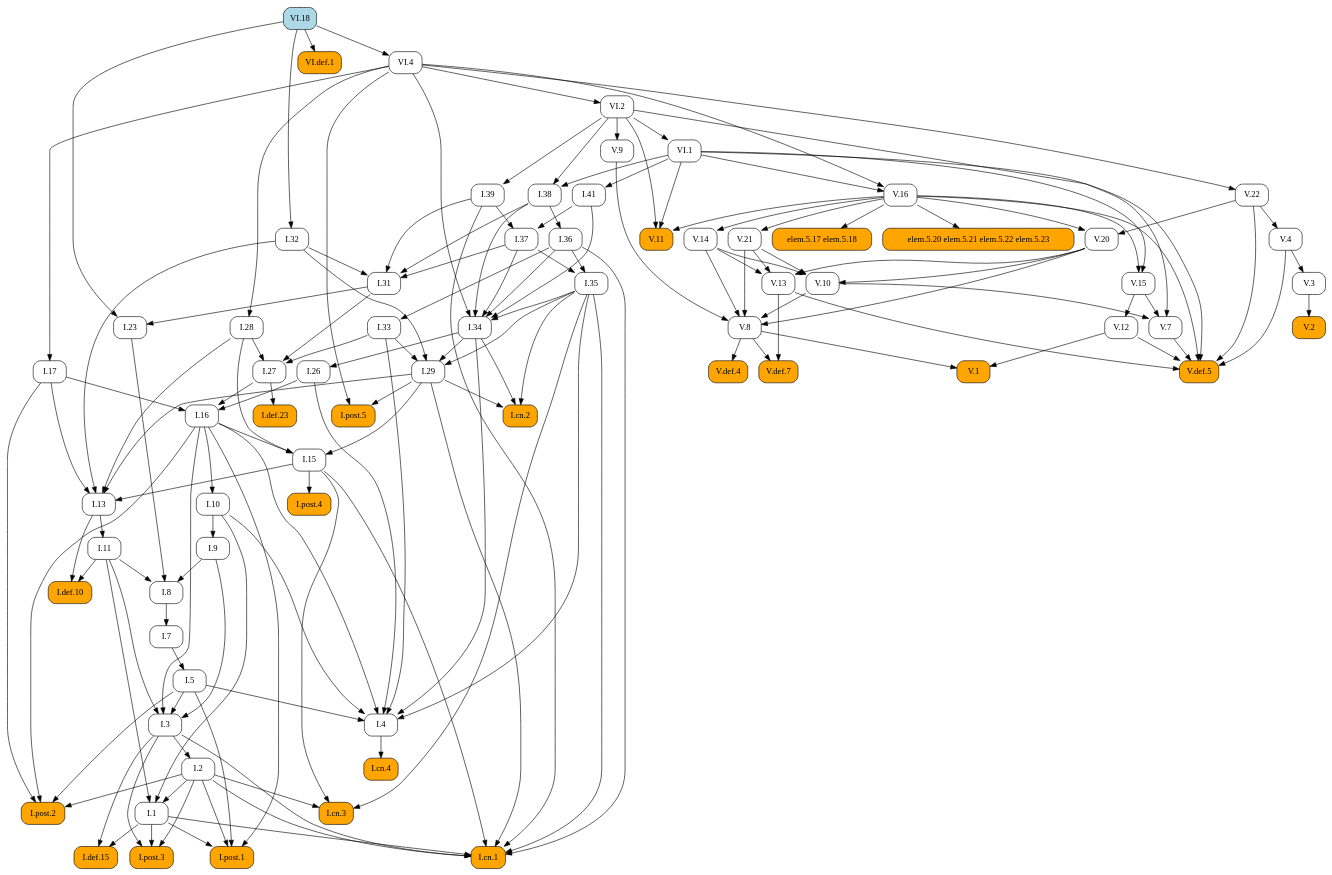
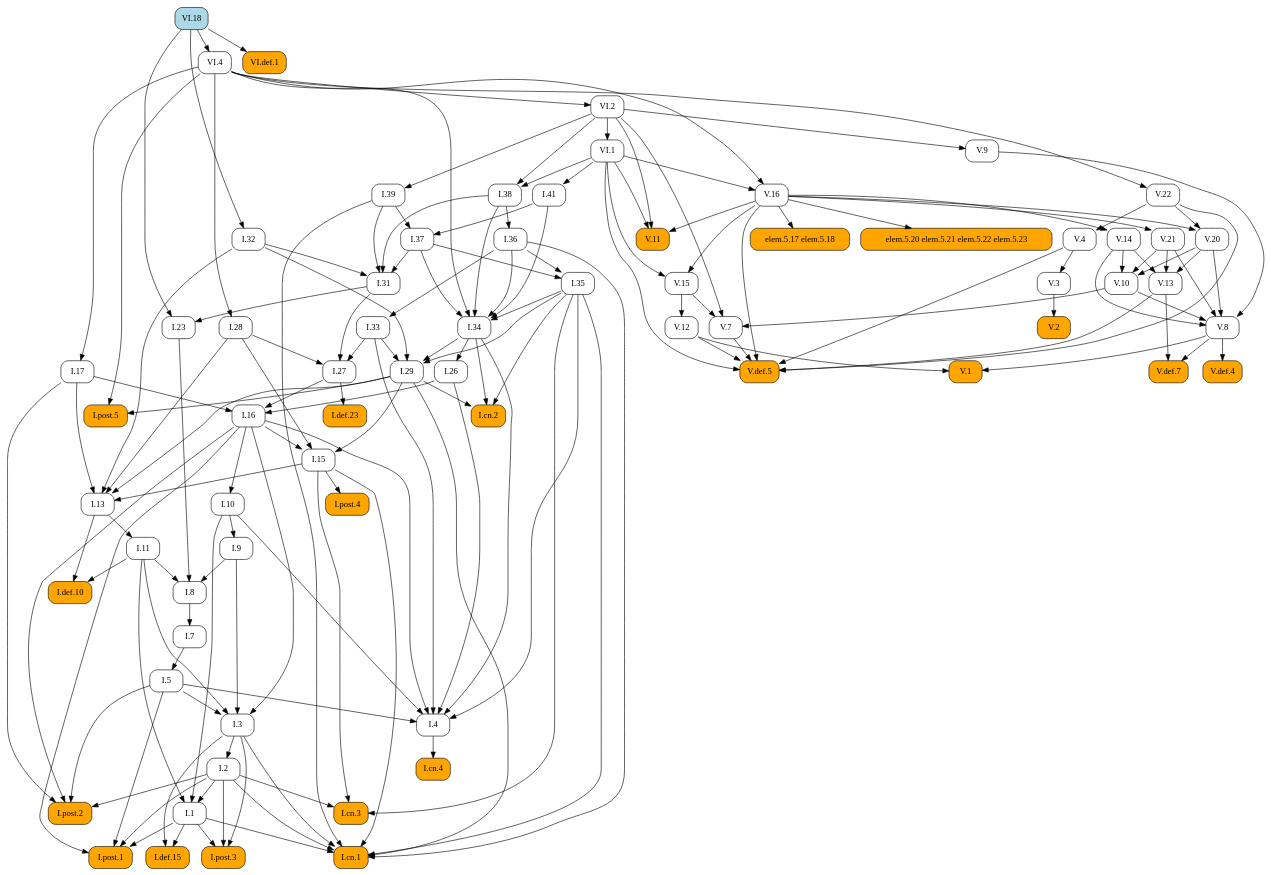
Before and after one commit to geometor/elements: the diagram in docsrc/elements2/VI/18/index.rst, drawn with Graphviz. The commit also changed other lines of this file and 171 other files, not shown here.

```diff
--- a/docsrc/elements2/VI/18/index.rst
+++ b/docsrc/elements2/VI/18/index.rst
@@ -87,155 +87,80 @@
    digraph {
      rankdir="TB";
      node [shape=box, style=rounded];
+     "I.8" [URL="/elements2/I/8/", target="_top"];
+     "V.20" [URL="/elements2/V/20/", target="_top"];
+     "I.36" [URL="/elements2/I/36/", target="_top"];
+     "V.def.5" [style="rounded,filled", fillcolor=orange, URL="/elements2/V/def.5/", target="_top"];
+     "I.38" [URL="/elements2/I/38/", target="_top"];
+     "I.post.5" [style="rounded,filled", fillcolor=orange, URL="/elements2/I/post.5/", target="_top"];
+     "I.def.10" [style="rounded,filled", fillcolor=orange, URL="/elements2/I/def.10/", target="_top"];
+     "I.cn.2" [style="rounded,filled", fillcolor=orange, URL="/elements2/I/cn.2/", target="_top"];
+     "I.31" [URL="/elements2/I/31/", target="_top"];
+     "I.post.2" [style="rounded,filled", fillcolor=orange, URL="/elements2/I/post.2/", target="_top"];
+     "I.def.23" [style="rounded,filled", fillcolor=orange, URL="/elements2/I/def.23/", target="_top"];
+     "I.26" [URL="/elements2/I/26/", target="_top"];
+     "V.3" [URL="/elements2/V/3/", target="_top"];
+     "I.cn.3" [style="rounded,filled", fillcolor=orange, URL="/elements2/I/cn.3/", target="_top"];
+     "V.2" [style="rounded,filled", fillcolor=orange, URL="/elements2/V/2/", target="_top"];
+     "V.12" [URL="/elements2/V/12/", target="_top"];
+     "V.22" [URL="/elements2/V/22/", target="_top"];
+     "VI.18" [style="rounded,filled", fillcolor=lightblue, URL="/elements2/VI/18/", target="_top"];
+     "I.35" [URL="/elements2/I/35/", target="_top"];
+     "I.41" [URL="/elements2/I/41/", target="_top"];
+     "I.28" [URL="/elements2/I/28/", target="_top"];
+     "I.27" [URL="/elements2/I/27/", target="_top"];
+     "I.4" [URL="/elements2/I/4/", target="_top"];
+     "V.8" [URL="/elements2/V/8/", target="_top"];
+     "VI.2" [URL="/elements2/VI/2/", target="_top"];
+     "I.39" [URL="/elements2/I/39/", target="_top"];
+     "I.15" [URL="/elements2/I/15/", target="_top"];
+     "I.34" [URL="/elements2/I/34/", target="_top"];
+     "I.post.3" [style="rounded,filled", fillcolor=orange, URL="/elements2/I/post.3/", target="_top"];
+     "I.32" [URL="/elements2/I/32/", target="_top"];
+     "I.post.1" [style="rounded,filled", fillcolor=orange, URL="/elements2/I/post.1/", target="_top"];
+     "V.def.4" [style="rounded,filled", fillcolor=orange, URL="/elements2/V/def.4/", target="_top"];
+     "I.33" [URL="/elements2/I/33/", target="_top"];
+     "I.5" [URL="/elements2/I/5/", target="_top"];
      "elem.5.17 elem.5.18" [style="rounded,filled", fillcolor=orange];
-     "V.7" [URL="/elements2/V/7/", target="_top"];
-     "I.32" [URL="/elements2/I/32/", target="_top"];
-     "VI.4" [URL="/elements2/VI/4/", target="_top"];
-     "I.cn.4" [style="rounded,filled", fillcolor=orange, URL="/elements2/I/cn.4/", target="_top"];
-     "I.post.3" [style="rounded,filled", fillcolor=orange, URL="/elements2/I/post.3/", target="_top"];
-     "V.22" [URL="/elements2/V/22/", target="_top"];
-     "V.def.7" [style="rounded,filled", fillcolor=orange, URL="/elements2/V/def.7/", target="_top"];
-     "I.41" [URL="/elements2/I/41/", target="_top"];
-     "I.27" [URL="/elements2/I/27/", target="_top"];
-     "I.post.2" [style="rounded,filled", fillcolor=orange, URL="/elements2/I/post.2/", target="_top"];
-     "I.13" [URL="/elements2/I/13/", target="_top"];
-     "I.10" [URL="/elements2/I/10/", target="_top"];
-     "I.post.1" [style="rounded,filled", fillcolor=orange, URL="/elements2/I/post.1/", target="_top"];
-     "I.7" [URL="/elements2/I/7/", target="_top"];
-     "VI.def.1" [style="rounded,filled", fillcolor=orange, URL="/elements2/VI/def.1/", target="_top"];
+     "VI.1" [URL="/elements2/VI/1/", target="_top"];
+     "V.11" [style="rounded,filled", fillcolor=orange, URL="/elements2/V/11/", target="_top"];
      "V.13" [URL="/elements2/V/13/", target="_top"];
+     "V.9" [URL="/elements2/V/9/", target="_top"];
      "V.16" [URL="/elements2/V/16/", target="_top"];
-     "V.1" [style="rounded,filled", fillcolor=orange, URL="/elements2/V/1/", target="_top"];
-     "V.8" [URL="/elements2/V/8/", target="_top"];
-     "elem.5.20 elem.5.21 elem.5.22 elem.5.23" [style="rounded,filled", fillcolor=orange];
-     "I.9" [URL="/elements2/I/9/", target="_top"];
-     "I.8" [URL="/elements2/I/8/", target="_top"];
-     "I.38" [URL="/elements2/I/38/", target="_top"];
-     "I.23" [URL="/elements2/I/23/", target="_top"];
-     "I.15" [URL="/elements2/I/15/", target="_top"];
-     "I.26" [URL="/elements2/I/26/", target="_top"];
-     "V.4" [URL="/elements2/V/4/", target="_top"];
-     "VI.1" [URL="/elements2/VI/1/", target="_top"];
-     "I.1" [URL="/elements2/I/1/", target="_top"];
-     "I.3" [URL="/elements2/I/3/", target="_top"];
-     "I.cn.3" [style="rounded,filled", fillcolor=orange, URL="/elements2/I/cn.3/", target="_top"];
-     "I.17" [URL="/elements2/I/17/", target="_top"];
-     "I.37" [URL="/elements2/I/37/", target="_top"];
-     "I.def.10" [style="rounded,filled", fillcolor=orange, URL="/elements2/I/def.10/", target="_top"];
-     "I.34" [URL="/elements2/I/34/", target="_top"];
-     "V.def.5" [style="rounded,filled", fillcolor=orange, URL="/elements2/V/def.5/", target="_top"];
      "I.def.15" [style="rounded,filled", fillcolor=orange, URL="/elements2/I/def.15/", target="_top"];
-     "I.28" [URL="/elements2/I/28/", target="_top"];
-     "I.36" [URL="/elements2/I/36/", target="_top"];
-     "V.10" [URL="/elements2/V/10/", target="_top"];
-     "V.14" [URL="/elements2/V/14/", target="_top"];
      "V.15" [URL="/elements2/V/15/", target="_top"];
      "I.11" [URL="/elements2/I/11/", target="_top"];
-     "I.4" [URL="/elements2/I/4/", target="_top"];
+     "I.3" [URL="/elements2/I/3/", target="_top"];
+     "V.14" [URL="/elements2/V/14/", target="_top"];
+     "VI.4" [URL="/elements2/VI/4/", target="_top"];
+     "V.10" [URL="/elements2/V/10/", target="_top"];
+     "I.1" [URL="/elements2/I/1/", target="_top"];
+     "I.cn.4" [style="rounded,filled", fillcolor=orange, URL="/elements2/I/cn.4/", target="_top"];
+     "I.23" [URL="/elements2/I/23/", target="_top"];
+     "I.7" [URL="/elements2/I/7/", target="_top"];
+     "I.17" [URL="/elements2/I/17/", target="_top"];
+     "I.9" [URL="/elements2/I/9/", target="_top"];
+     "V.7" [URL="/elements2/V/7/", target="_top"];
+     "I.cn.1" [style="rounded,filled", fillcolor=orange, URL="/elements2/I/cn.1/", target="_top"];
+     "I.29" [URL="/elements2/I/29/", target="_top"];
      "I.16" [URL="/elements2/I/16/", target="_top"];
      "V.21" [URL="/elements2/V/21/", target="_top"];
-     "I.def.23" [style="rounded,filled", fillcolor=orange, URL="/elements2/I/def.23/", target="_top"];
+     "I.13" [URL="/elements2/I/13/", target="_top"];
+     "elem.5.20 elem.5.21 elem.5.22 elem.5.23" [style="rounded,filled", fillcolor=orange];
+     "I.post.4" [style="rounded,filled", fillcolor=orange, URL="/elements2/I/post.4/", target="_top"];
+     "V.1" [style="rounded,filled", fillcolor=orange, URL="/elements2/V/1/", target="_top"];
+     "VI.def.1" [style="rounded,filled", fillcolor=orange, URL="/elements2/VI/def.1/", target="_top"];
      "I.2" [URL="/elements2/I/2/", target="_top"];
-     "I.cn.2" [style="rounded,filled", fillcolor=orange, URL="/elements2/I/cn.2/", target="_top"];
-     "I.post.5" [style="rounded,filled", fillcolor=orange, URL="/elements2/I/post.5/", target="_top"];
-     "VI.2" [URL="/elements2/VI/2/", target="_top"];
-     "V.3" [URL="/elements2/V/3/", target="_top"];
-     "V.def.4" [style="rounded,filled", fillcolor=orange, URL="/elements2/V/def.4/", target="_top"];
-     "I.35" [URL="/elements2/I/35/", target="_top"];
-     "V.11" [style="rounded,filled", fillcolor=orange, URL="/elements2/V/11/", target="_top"];
-     "VI.18" [style="rounded,filled", fillcolor=lightblue, URL="/elements2/VI/18/", target="_top"];
-     "V.2" [style="rounded,filled", fillcolor=orange, URL="/elements2/V/2/", target="_top"];
-     "I.31" [URL="/elements2/I/31/", target="_top"];
-     "I.33" [URL="/elements2/I/33/", target="_top"];
-     "I.post.4" [style="rounded,filled", fillcolor=orange, URL="/elements2/I/post.4/", target="_top"];
-     "I.39" [URL="/elements2/I/39/", target="_top"];
-     "I.cn.1" [style="rounded,filled", fillcolor=orange, URL="/elements2/I/cn.1/", target="_top"];
-     "V.9" [URL="/elements2/V/9/", target="_top"];
-     "I.29" [URL="/elements2/I/29/", target="_top"];
-     "I.5" [URL="/elements2/I/5/", target="_top"];
-     "V.12" [URL="/elements2/V/12/", target="_top"];
-     "V.20" [URL="/elements2/V/20/", target="_top"];
-     "V.16" -> "elem.5.17 elem.5.18";
-     "V.10" -> "V.7";
-     "V.15" -> "V.7";
-     "VI.2" -> "V.7";
-     "VI.18" -> "I.32";
-     "VI.18" -> "VI.4";
-     "I.4" -> "I.cn.4";
-     "I.1" -> "I.post.3";
-     "I.2" -> "I.post.3";
-     "I.3" -> "I.post.3";
-     "VI.4" -> "V.22";
-     "V.8" -> "V.def.7";
-     "V.13" -> "V.def.7";
-     "VI.1" -> "I.41";
-     "I.28" -> "I.27";
-     "I.31" -> "I.27";
-     "I.33" -> "I.27";
-     "I.2" -> "I.post.2";
-     "I.5" -> "I.post.2";
-     "I.16" -> "I.post.2";
-     "I.17" -> "I.post.2";
-     "I.15" -> "I.13";
-     "I.17" -> "I.13";
-     "I.28" -> "I.13";
-     "I.29" -> "I.13";
-     "I.32" -> "I.13";
-     "I.16" -> "I.10";
-     "I.1" -> "I.post.1";
-     "I.2" -> "I.post.1";
-     "I.5" -> "I.post.1";
-     "I.16" -> "I.post.1";
-     "I.8" -> "I.7";
-     "VI.18" -> "VI.def.1";
-     "V.14" -> "V.13";
-     "V.20" -> "V.13";
-     "V.21" -> "V.13";
-     "VI.1" -> "V.16";
-     "VI.4" -> "V.16";
-     "V.8" -> "V.1";
-     "V.12" -> "V.1";
-     "V.9" -> "V.8";
-     "V.10" -> "V.8";
-     "V.14" -> "V.8";
-     "V.20" -> "V.8";
-     "V.21" -> "V.8";
-     "V.16" -> "elem.5.20 elem.5.21 elem.5.22 elem.5.23";
-     "I.10" -> "I.9";
+     "I.37" [URL="/elements2/I/37/", target="_top"];
+     "I.10" [URL="/elements2/I/10/", target="_top"];
+     "V.def.7" [style="rounded,filled", fillcolor=orange, URL="/elements2/V/def.7/", target="_top"];
+     "V.4" [URL="/elements2/V/4/", target="_top"];
      "I.9" -> "I.8";
      "I.11" -> "I.8";
      "I.23" -> "I.8";
-     "VI.1" -> "I.38";
-     "VI.2" -> "I.38";
-     "I.31" -> "I.23";
-     "VI.18" -> "I.23";
-     "I.16" -> "I.15";
-     "I.28" -> "I.15";
-     "I.29" -> "I.15";
-     "I.34" -> "I.26";
-     "V.22" -> "V.4";
-     "VI.2" -> "VI.1";
-     "I.2" -> "I.1";
-     "I.10" -> "I.1";
-     "I.11" -> "I.1";
-     "I.5" -> "I.3";
-     "I.9" -> "I.3";
-     "I.11" -> "I.3";
-     "I.16" -> "I.3";
-     "I.2" -> "I.cn.3";
-     "I.15" -> "I.cn.3";
-     "I.35" -> "I.cn.3";
-     "VI.4" -> "I.17";
-     "I.39" -> "I.37";
-     "I.41" -> "I.37";
-     "I.11" -> "I.def.10";
-     "I.13" -> "I.def.10";
-     "I.35" -> "I.34";
-     "I.36" -> "I.34";
-     "I.37" -> "I.34";
-     "I.38" -> "I.34";
-     "I.41" -> "I.34";
-     "VI.4" -> "I.34";
+     "V.16" -> "V.20";
+     "V.22" -> "V.20";
+     "I.38" -> "I.36";
      "V.4" -> "V.def.5";
      "V.7" -> "V.def.5";
      "V.12" -> "V.def.5";
@@ -243,17 +168,39 @@
      "V.16" -> "V.def.5";
      "V.22" -> "V.def.5";
      "VI.1" -> "V.def.5";
-     "I.1" -> "I.def.15";
-     "I.3" -> "I.def.15";
+     "VI.1" -> "I.38";
+     "VI.2" -> "I.38";
+     "I.29" -> "I.post.5";
+     "VI.4" -> "I.post.5";
+     "I.11" -> "I.def.10";
+     "I.13" -> "I.def.10";
+     "I.29" -> "I.cn.2";
+     "I.34" -> "I.cn.2";
+     "I.35" -> "I.cn.2";
+     "I.32" -> "I.31";
+     "I.37" -> "I.31";
+     "I.38" -> "I.31";
+     "I.39" -> "I.31";
+     "I.2" -> "I.post.2";
+     "I.5" -> "I.post.2";
+     "I.16" -> "I.post.2";
+     "I.17" -> "I.post.2";
+     "I.27" -> "I.def.23";
+     "I.34" -> "I.26";
+     "V.4" -> "V.3";
+     "I.2" -> "I.cn.3";
+     "I.15" -> "I.cn.3";
+     "I.35" -> "I.cn.3";
+     "V.3" -> "V.2";
+     "V.15" -> "V.12";
+     "VI.4" -> "V.22";
+     "I.36" -> "I.35";
+     "I.37" -> "I.35";
+     "VI.1" -> "I.41";
      "VI.4" -> "I.28";
-     "I.38" -> "I.36";
-     "V.14" -> "V.10";
-     "V.20" -> "V.10";
-     "V.21" -> "V.10";
-     "V.16" -> "V.14";
-     "V.16" -> "V.15";
-     "VI.1" -> "V.15";
-     "I.13" -> "I.11";
+     "I.28" -> "I.27";
+     "I.31" -> "I.27";
+     "I.33" -> "I.27";
      "I.5" -> "I.4";
      "I.10" -> "I.4";
      "I.16" -> "I.4";
@@ -261,33 +208,70 @@
      "I.33" -> "I.4";
      "I.34" -> "I.4";
      "I.35" -> "I.4";
-     "I.17" -> "I.16";
-     "I.26" -> "I.16";
-     "I.27" -> "I.16";
-     "V.16" -> "V.21";
-     "I.27" -> "I.def.23";
-     "I.3" -> "I.2";
-     "I.29" -> "I.cn.2";
-     "I.34" -> "I.cn.2";
-     "I.35" -> "I.cn.2";
-     "I.29" -> "I.post.5";
-     "VI.4" -> "I.post.5";
+     "V.9" -> "V.8";
+     "V.10" -> "V.8";
+     "V.14" -> "V.8";
+     "V.20" -> "V.8";
+     "V.21" -> "V.8";
      "VI.4" -> "VI.2";
-     "V.4" -> "V.3";
+     "VI.2" -> "I.39";
+     "I.16" -> "I.15";
+     "I.28" -> "I.15";
+     "I.29" -> "I.15";
+     "I.35" -> "I.34";
+     "I.36" -> "I.34";
+     "I.37" -> "I.34";
+     "I.38" -> "I.34";
+     "I.41" -> "I.34";
+     "VI.4" -> "I.34";
+     "I.1" -> "I.post.3";
+     "I.2" -> "I.post.3";
+     "I.3" -> "I.post.3";
+     "VI.18" -> "I.32";
+     "I.1" -> "I.post.1";
+     "I.2" -> "I.post.1";
+     "I.5" -> "I.post.1";
+     "I.16" -> "I.post.1";
      "V.8" -> "V.def.4";
-     "I.36" -> "I.35";
-     "I.37" -> "I.35";
+     "I.36" -> "I.33";
+     "I.7" -> "I.5";
+     "V.16" -> "elem.5.17 elem.5.18";
+     "VI.2" -> "VI.1";
      "V.16" -> "V.11";
      "VI.1" -> "V.11";
      "VI.2" -> "V.11";
-     "V.3" -> "V.2";
-     "I.32" -> "I.31";
-     "I.37" -> "I.31";
-     "I.38" -> "I.31";
-     "I.39" -> "I.31";
-     "I.36" -> "I.33";
-     "I.15" -> "I.post.4";
-     "VI.2" -> "I.39";
+     "V.14" -> "V.13";
+     "V.20" -> "V.13";
+     "V.21" -> "V.13";
+     "VI.2" -> "V.9";
+     "VI.1" -> "V.16";
+     "VI.4" -> "V.16";
+     "I.1" -> "I.def.15";
+     "I.3" -> "I.def.15";
+     "V.16" -> "V.15";
+     "VI.1" -> "V.15";
+     "I.13" -> "I.11";
+     "I.5" -> "I.3";
+     "I.9" -> "I.3";
+     "I.11" -> "I.3";
+     "I.16" -> "I.3";
+     "V.16" -> "V.14";
+     "VI.18" -> "VI.4";
+     "V.14" -> "V.10";
+     "V.20" -> "V.10";
+     "V.21" -> "V.10";
+     "I.2" -> "I.1";
+     "I.10" -> "I.1";
+     "I.11" -> "I.1";
+     "I.4" -> "I.cn.4";
+     "I.31" -> "I.23";
+     "VI.18" -> "I.23";
+     "I.8" -> "I.7";
+     "VI.4" -> "I.17";
+     "I.10" -> "I.9";
+     "V.10" -> "V.7";
+     "V.15" -> "V.7";
+     "VI.2" -> "V.7";
      "I.1" -> "I.cn.1";
      "I.2" -> "I.cn.1";
      "I.3" -> "I.cn.1";
@@ -296,13 +280,29 @@
      "I.35" -> "I.cn.1";
      "I.36" -> "I.cn.1";
      "I.39" -> "I.cn.1";
-     "VI.2" -> "V.9";
      "I.32" -> "I.29";
      "I.33" -> "I.29";
      "I.34" -> "I.29";
      "I.35" -> "I.29";
-     "I.7" -> "I.5";
-     "V.15" -> "V.12";
-     "V.16" -> "V.20";
-     "V.22" -> "V.20";
+     "I.17" -> "I.16";
+     "I.26" -> "I.16";
+     "I.27" -> "I.16";
+     "V.16" -> "V.21";
+     "I.15" -> "I.13";
+     "I.17" -> "I.13";
+     "I.28" -> "I.13";
+     "I.29" -> "I.13";
+     "I.32" -> "I.13";
+     "V.16" -> "elem.5.20 elem.5.21 elem.5.22 elem.5.23";
+     "I.15" -> "I.post.4";
+     "V.8" -> "V.1";
+     "V.12" -> "V.1";
+     "VI.18" -> "VI.def.1";
+     "I.3" -> "I.2";
+     "I.39" -> "I.37";
+     "I.41" -> "I.37";
+     "I.16" -> "I.10";
+     "V.8" -> "V.def.7";
+     "V.13" -> "V.def.7";
+     "V.22" -> "V.4";
    }
```
